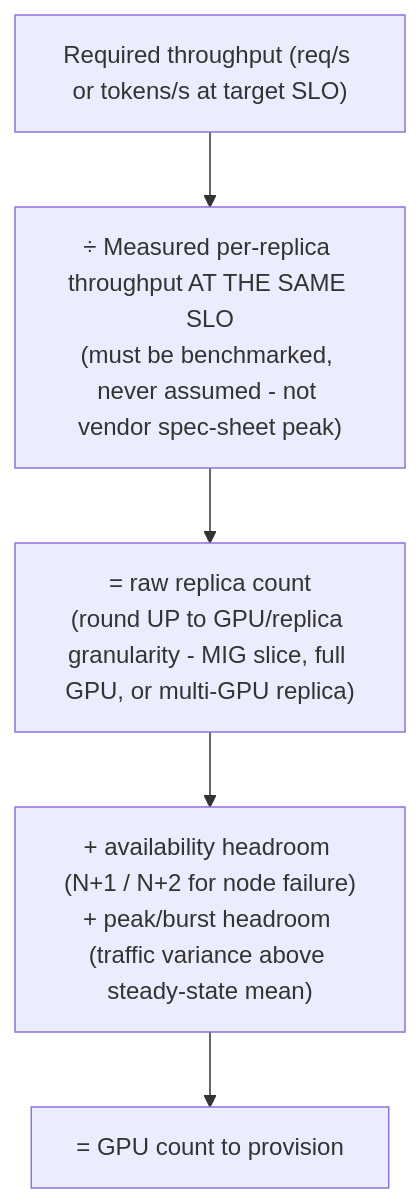
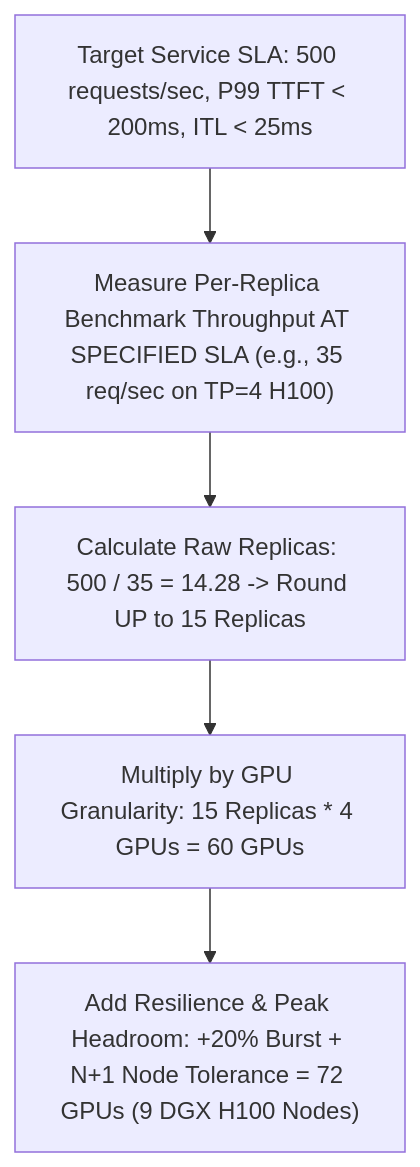
One commit to jithinpnjm/nvidia-devops changed the third of 3 diagrams in docs/volume-09/06-chapter-6-ai-inference-architecture-questions.md. Above: the diagram before and after it, drawn with Mermaid. The commit also changed other lines of this file and 10 other files, not shown here.

````diff
--- a/docs/volume-09/06-chapter-6-ai-inference-architecture-questions.md
+++ b/docs/volume-09/06-chapter-6-ai-inference-architecture-questions.md
@@ -22,10 +140,10 @@
 ```mermaid
 flowchart TD
-    A["Required throughput (req/s or tokens/s at target SLO)"]
-    B["÷ Measured per-replica throughput AT THE SAME SLO<br/>(must be benchmarked, never assumed - not vendor spec-sheet peak)"]
-    C["= raw replica count<br/>(round UP to GPU/replica granularity - MIG slice, full GPU, or multi-GPU replica)"]
-    D["+ availability headroom (N+1 / N+2 for node failure)<br/>+ peak/burst headroom (traffic variance above steady-state mean)"]
-    E["= GPU count to provision"]
+    A["Target Service SLA: 500 requests/sec, P99 TTFT < 200ms, ITL < 25ms"]
+    B["Measure Per-Replica Benchmark Throughput AT SPECIFIED SLA (e.g., 35 req/sec on TP=4 H100)"]
+    C["Calculate Raw Replicas: 500 / 35 = 14.28 -> Round UP to 15 Replicas"]
+    D["Multiply by GPU Granularity: 15 Replicas * 4 GPUs = 60 GPUs"]
+    E["Add Resilience & Peak Headroom: +20% Burst + N+1 Node Tolerance = 72 GPUs (9 DGX H100 Nodes)"]
 
     A --> B --> C --> D --> E
 ```
````
